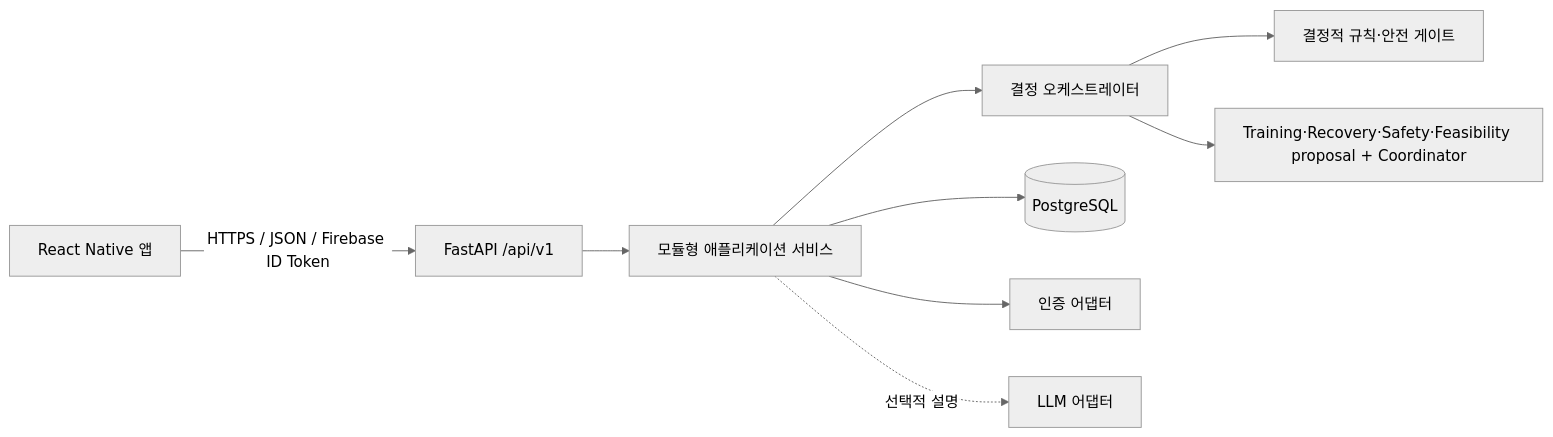
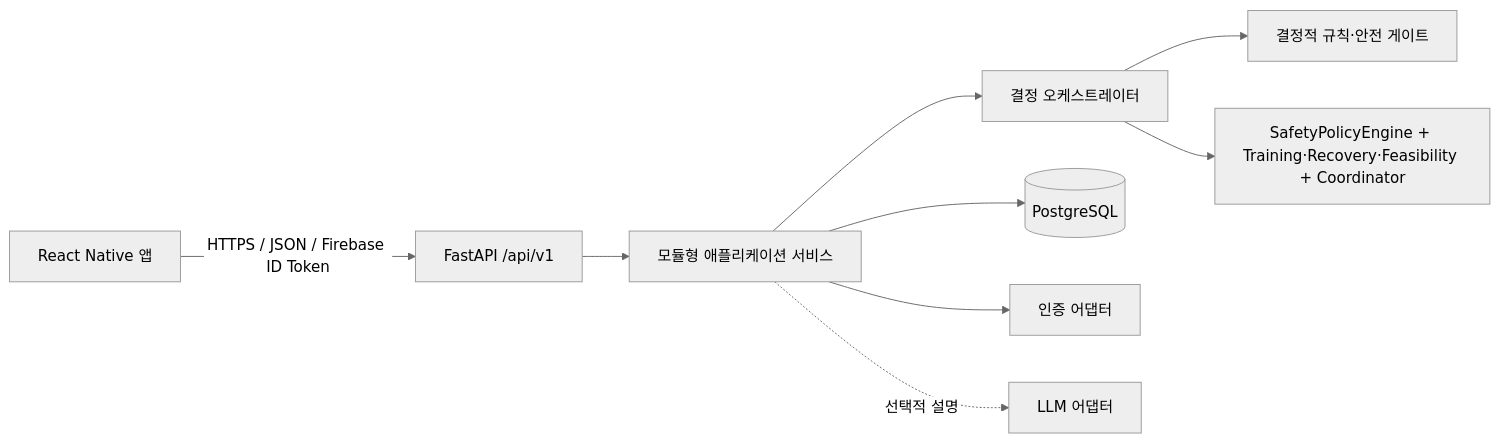
One commit to SKNETWORKS-FAMILY-AICAMP/SKN30-FINAL-5Team changed the first of 5 diagrams in docs/ARCHITECTURE.md. Above: the diagram before and after it, drawn with Mermaid (neutral theme). The commit also changed other lines of this file and 38 other files, not shown here.

````diff
--- a/docs/ARCHITECTURE.md
+++ b/docs/ARCHITECTURE.md
@@ -18,11 +24,11 @@
 ```mermaid
 flowchart LR
   APP["React Native 앱"] -->|"HTTPS / JSON / Firebase ID Token"| API["FastAPI /api/v1"]
   API --> MOD["모듈형 애플리케이션 서비스"]
   MOD --> DEC["결정 오케스트레이터"]
   DEC --> RULES["결정적 규칙·안전 게이트"]
-  DEC --> AGENTS["Training·Recovery·Safety·Feasibility proposal + Coordinator"]
+  DEC --> AGENTS["SafetyPolicyEngine + Training·Recovery·Feasibility + Coordinator"]
   MOD --> DB[("PostgreSQL")]
   MOD --> AUTH["인증 어댑터"]
   MOD -. 선택적 설명 .-> LLM["LLM 어댑터"]
 ```
````
